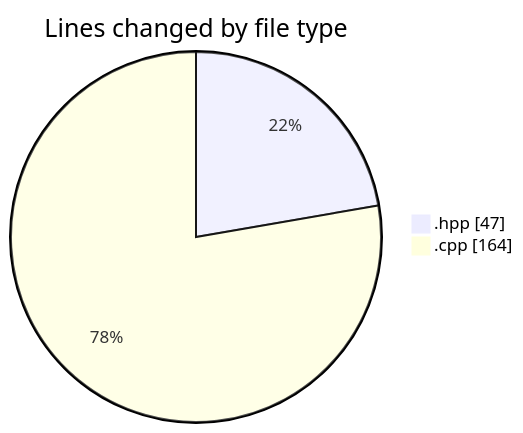
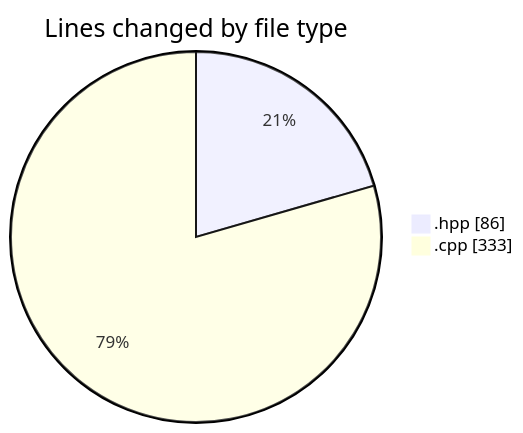
Before and after one commit to Netris89/code-tracking: the first of 2 diagrams in 2025-05-07/date/README.md, drawn with Mermaid. The commit also changed other lines of this file and 1 other file, not shown here.

````diff
--- a/2025-05-07/date/README.md
+++ b/2025-05-07/date/README.md
@@ -22,6 +22,6 @@
 ```mermaid
 pie showData
 title Lines changed by file type
-".hpp" : 47
-".cpp" : 164
+".hpp" : 86
+".cpp" : 333
 ```
````
